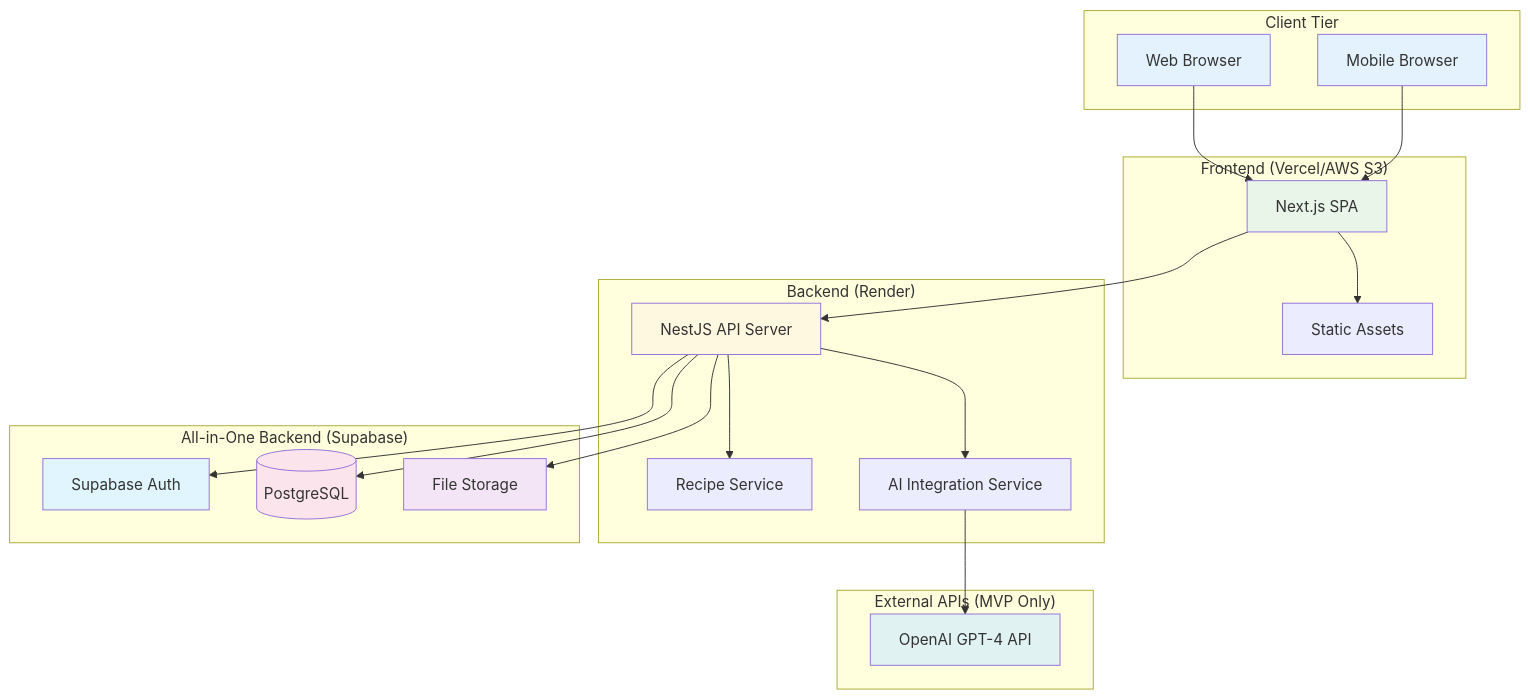
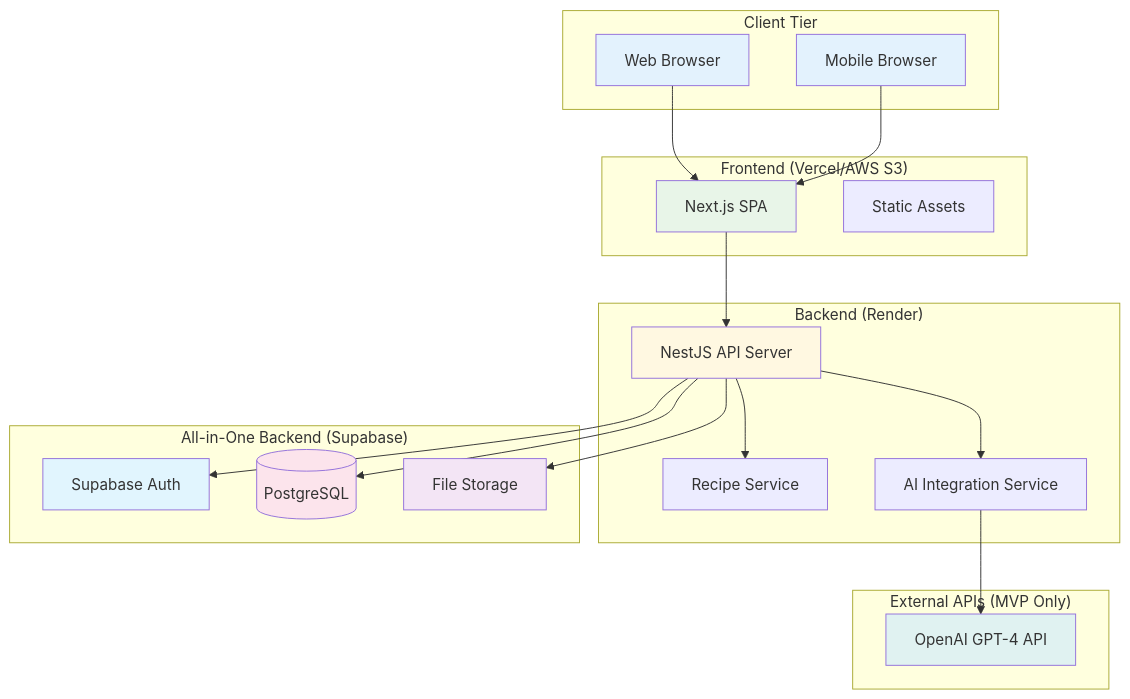
Before and after one commit to so-ota-biz/fridge-chef: the diagram in assets/mmd/system-architecture.mmd, drawn with Mermaid.

Commit message:
coderabbit の指摘対応 3

```diff
--- a/assets/mmd/system-architecture.mmd
+++ b/assets/mmd/system-architecture.mmd
@@ -1,48 +1,47 @@
 graph TB
     subgraph "Client Tier"
         A[Web Browser]
         B[Mobile Browser]
     end
     
     subgraph "Frontend (Vercel/AWS S3)"
         D[Next.js SPA]
         E[Static Assets]
     end
     
     subgraph "Backend (Render)"
         F[NestJS API Server]
         G[Recipe Service]
         H[AI Integration Service]
     end
     
     subgraph "All-in-One Backend (Supabase)"
         P[Supabase Auth]
         K[(PostgreSQL)]
         M[File Storage]
     end
     
     subgraph "External APIs (MVP Only)"
         O[OpenAI GPT-4 API]
     end
     
     A --> D
     B --> D
-    D --> E
     D --> F
     
     F --> G
     F --> H
     
     F --> P
     F --> K
     F --> M
     H --> O
     
     style A fill:#e3f2fd
     style B fill:#e3f2fd
     style D fill:#e8f5e8
     style F fill:#fff8e1
     style P fill:#e1f5fe
     style K fill:#fce4ec
     style M fill:#f3e5f5
     style O fill:#e0f2f1
```
